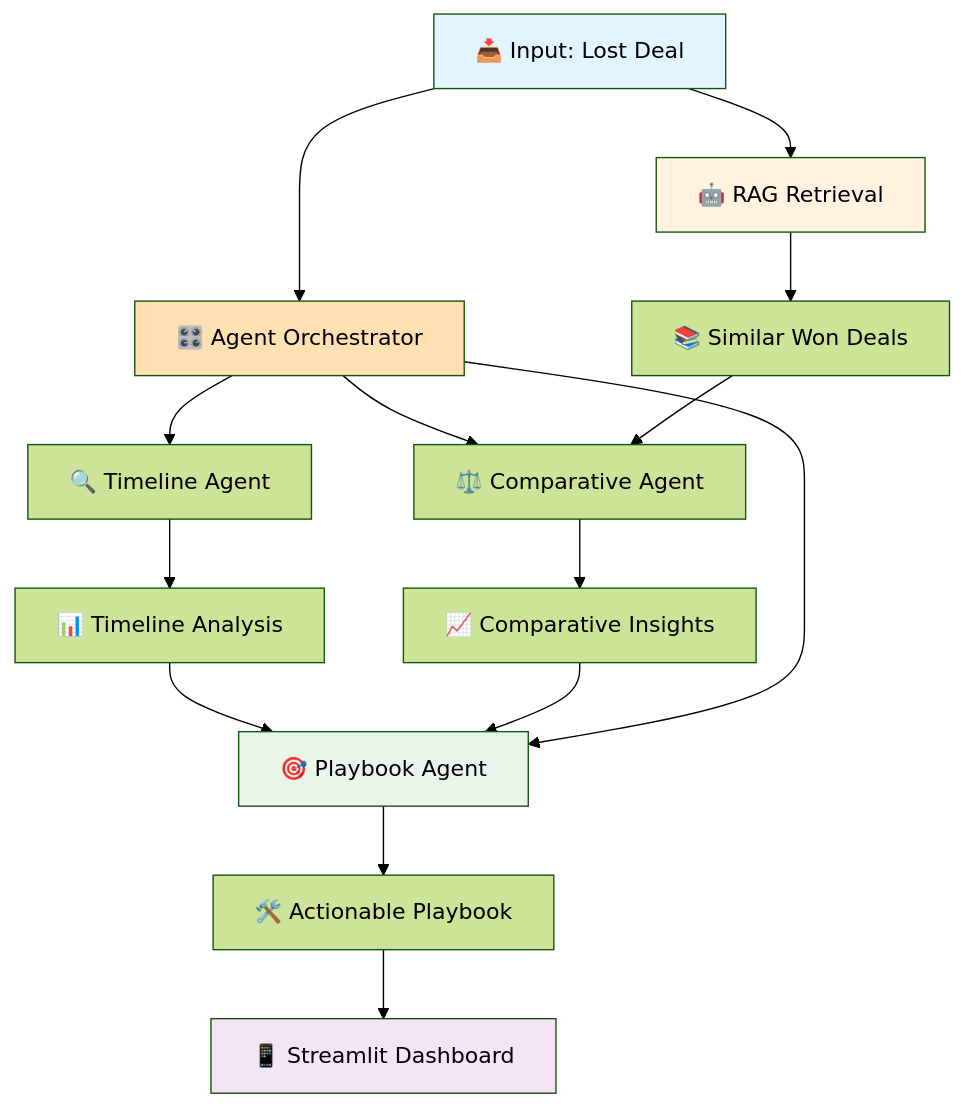
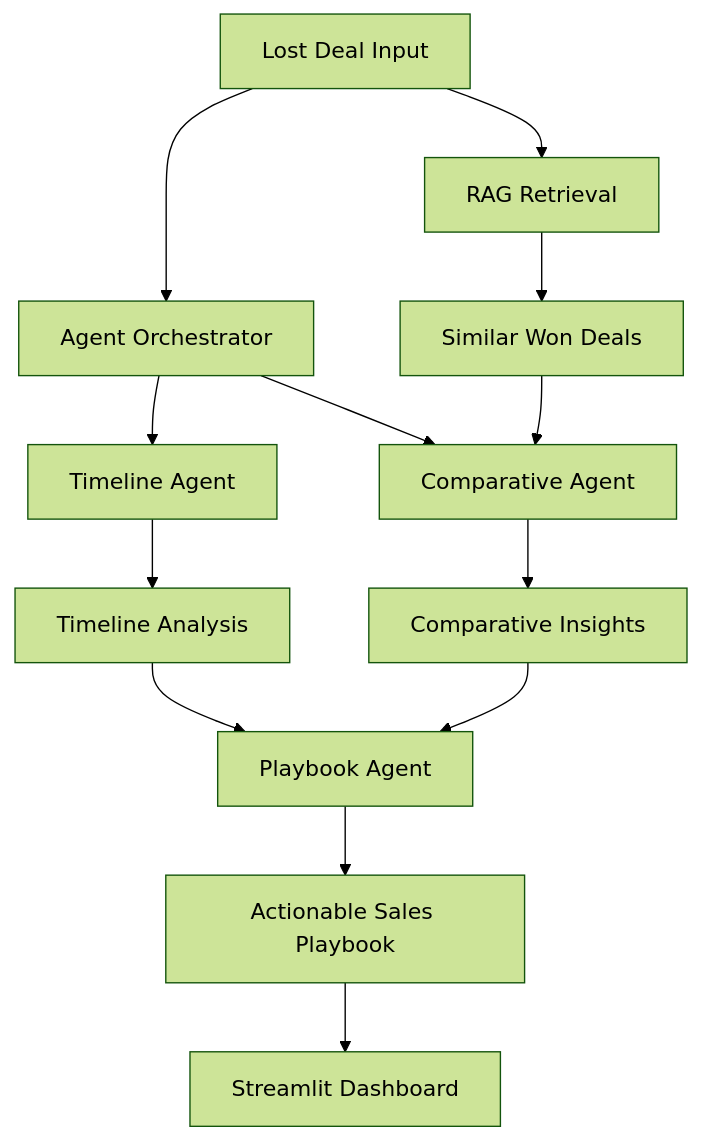
Before and after one commit to Ravikant2003/Deal-forensics: the diagram in README.md, drawn with Mermaid (forest theme). The commit also changed other lines of this file, not shown here.

````diff
--- a/README.md
+++ b/README.md
@@ -41,22 +45,20 @@
 ```mermaid
 graph TD
-    A[📥 Input: Lost Deal] --> B[🎛️ Agent Orchestrator]
-    B --> C[🔍 Timeline Agent]
-    C --> D[📊 Timeline Analysis]
-    A --> E[🤖 RAG Retrieval]
-    E --> F[📚 Similar Won Deals]
-    B --> G[⚖️ Comparative Agent]
+    A[Lost Deal Input] --> B[Agent Orchestrator]
+
+    B --> C[Timeline Agent]
+    C --> D[Timeline Analysis]
+
+    A --> E[RAG Retrieval]
+    E --> F[Similar Won Deals]
+
+    B --> G[Comparative Agent]
     F --> G
-    G --> H[📈 Comparative Insights]
-    D --> I[🎯 Playbook Agent]
+    G --> H[Comparative Insights]
+
+    D --> I[Playbook Agent]
     H --> I
-    B --> I
-    I --> J[🛠️ Actionable Playbook]
-    J --> K[📱 Streamlit Dashboard]
-    
-    style A fill:#e1f5fe
-    style B fill:#ffe0b2
-    style E fill:#fff3e0
-    style I fill:#e8f5e8
-    style K fill:#f3e5f5
+    I --> J[Actionable Sales Playbook]
+
+    J --> K[Streamlit Dashboard]
 ```
````
